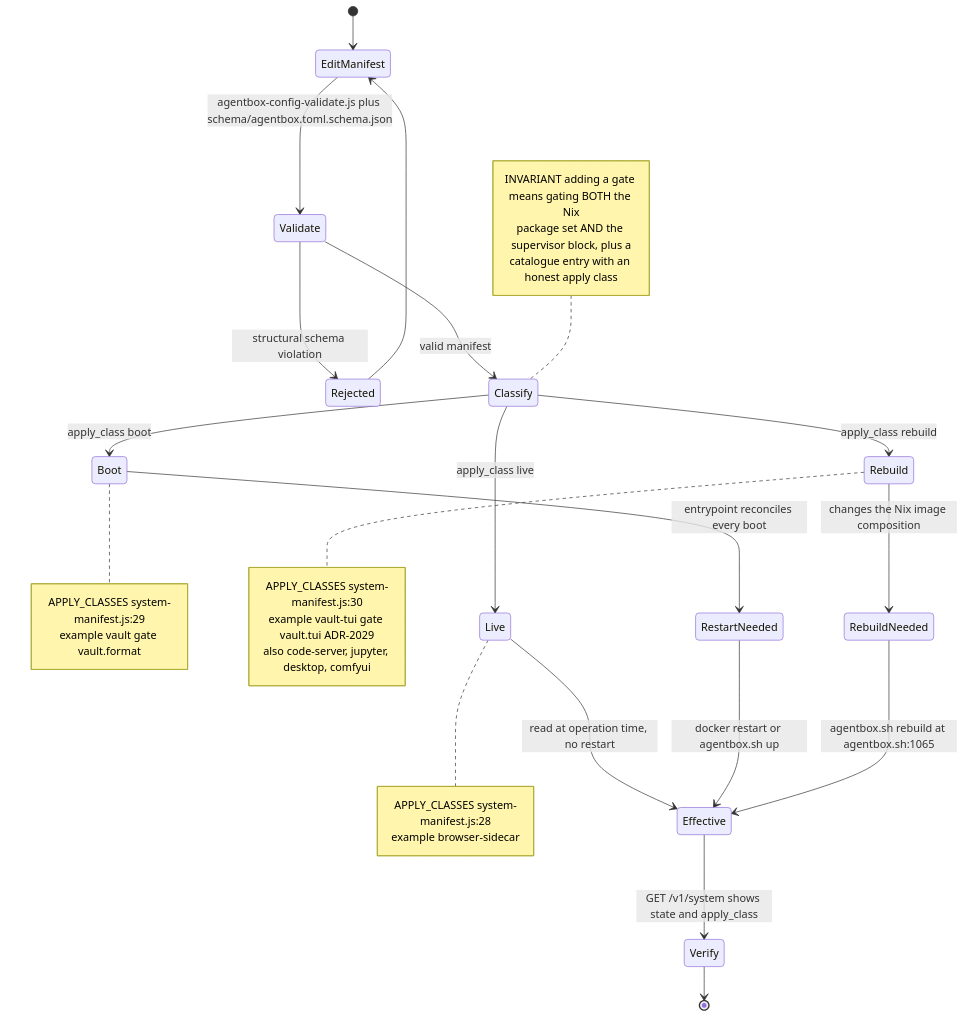
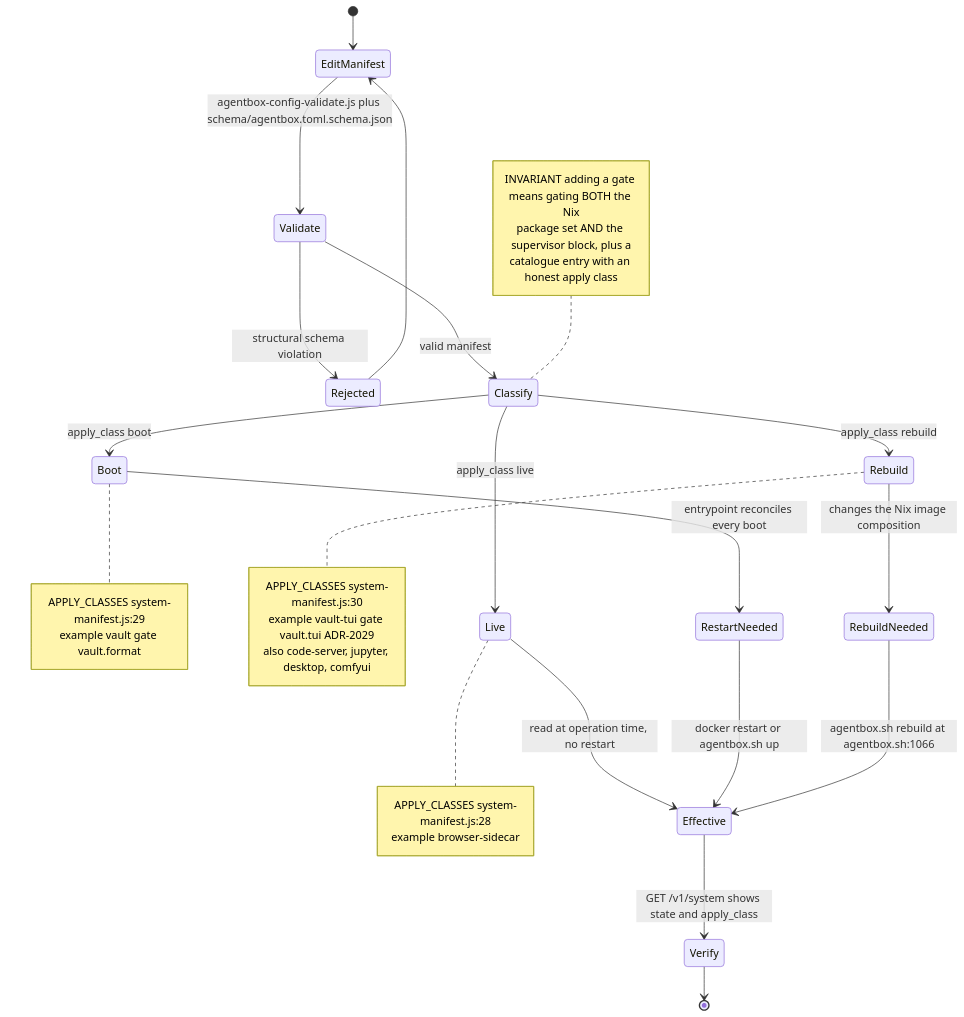
The ninth of 14 diagrams in docs/diagrams/agentbox/05-manifest-gates-and-cli.md (DreamLab-AI/VisionFlow), drawn with Mermaid before and after one commit. The commit also changed other lines of this file and 136 other files, not shown here.

First line of the commit message:
docs(diagrams): refresh the whole corpus to code HEAD and prune low-value diagrams

````diff
--- a/docs/diagrams/agentbox/05-manifest-gates-and-cli.md
+++ b/docs/diagrams/agentbox/05-manifest-gates-and-cli.md
@@ -260,40 +270,40 @@
 ```mermaid
 stateDiagram-v2
     [*] --> EditManifest
     EditManifest --> Validate: agentbox-config-validate.js plus schema/agentbox.toml.schema.json
     Validate --> Rejected: structural schema violation
     Validate --> Classify: valid manifest
     Rejected --> EditManifest
 
     Classify --> Live: apply_class live
     Classify --> Boot: apply_class boot
     Classify --> Rebuild: apply_class rebuild
 
     Live --> Effective: read at operation time, no restart
     Boot --> RestartNeeded: entrypoint reconciles every boot
     RestartNeeded --> Effective: docker restart or agentbox.sh up
     Rebuild --> RebuildNeeded: changes the Nix image composition
-    RebuildNeeded --> Effective: agentbox.sh rebuild at agentbox.sh:1065
+    RebuildNeeded --> Effective: agentbox.sh rebuild at agentbox.sh:1066
 
     Effective --> Verify: GET /v1/system shows state and apply_class
     Verify --> [*]
 
     note right of Live
         APPLY_CLASSES system-manifest.js:28
         example browser-sidecar
     end note
     note right of Boot
         APPLY_CLASSES system-manifest.js:29
         example vault gate vault.format
     end note
     note right of Rebuild
         APPLY_CLASSES system-manifest.js:30
         example vault-tui gate vault.tui ADR-2029
         also code-server, jupyter, desktop, comfyui
     end note
     note left of Classify
         INVARIANT adding a gate means gating BOTH the Nix
         package set AND the supervisor block, plus a
         catalogue entry with an honest apply class
     end note
 ```
````
